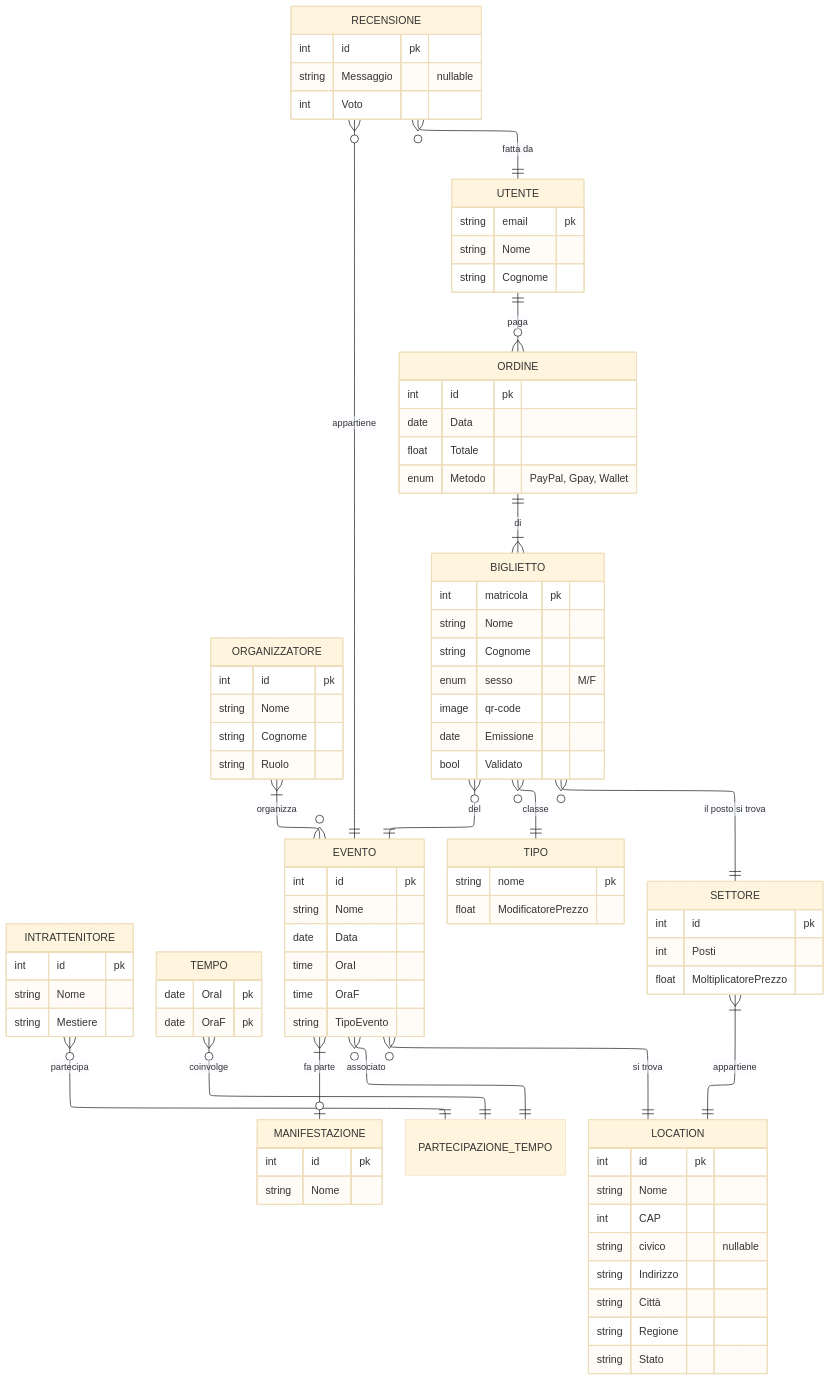
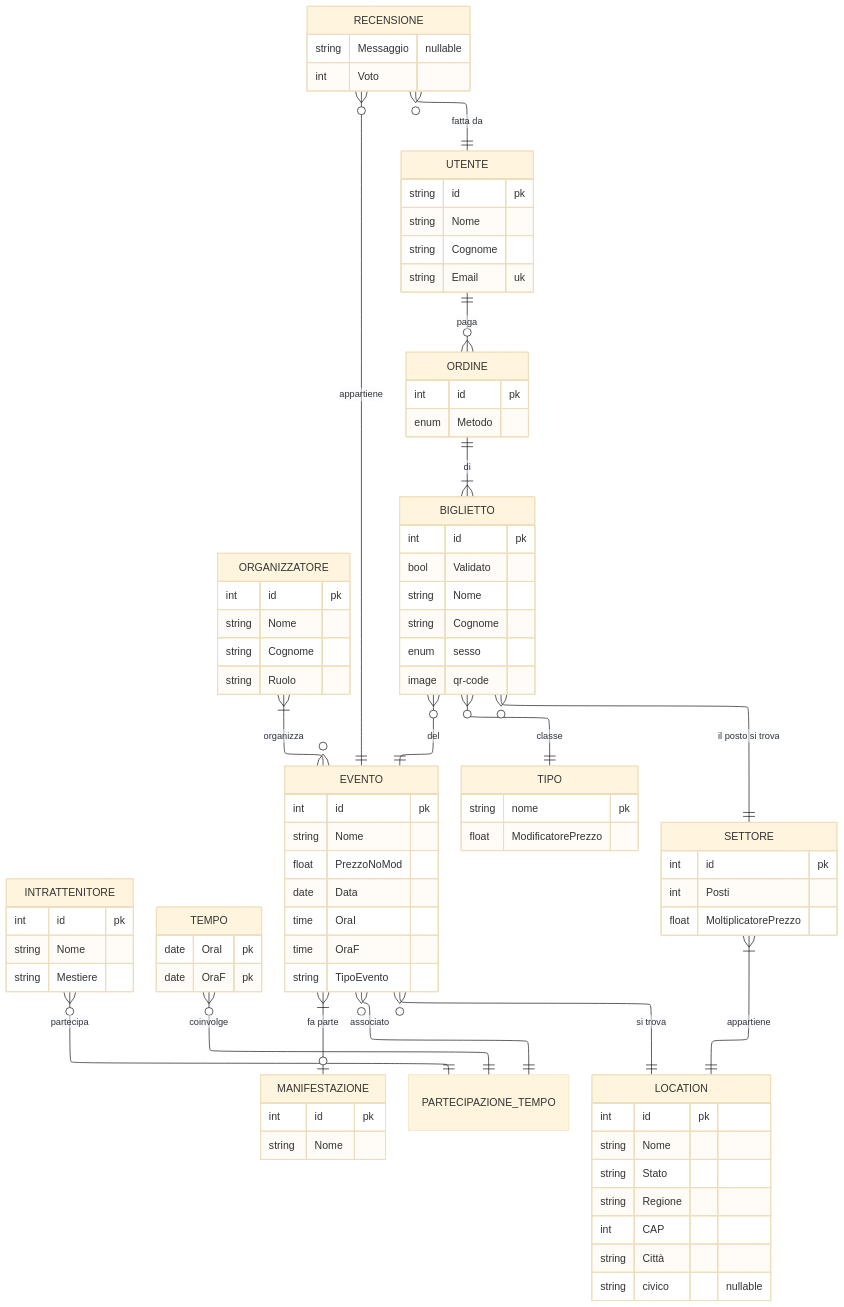
The diagram in RELAZIONE.md (Mattix07/psychic-chainsaw), drawn with Mermaid (base theme) before and after one commit. The commit also changed other lines of this file, not shown here.

```diff
--- a/RELAZIONE.md
+++ b/RELAZIONE.md
@@ -46,7 +50,6 @@
     }
 
     RECENSIONE {
-        int id pk
         string Messaggio "nullable"
         int Voto
     }
@@ -56,11 +59,13 @@
         date OraF pk
     }
 
+    %% L'entità che segue è solo a scopo grafico/funzionale
     PARTECIPAZIONE_TEMPO {}
 
     EVENTO {
         int id pk
         string Nome
+        float PrezzoNoMod
         date Data
         time OraI
         time OraF
@@ -77,22 +82,22 @@
     LOCATION {
         int id pk
         string Nome
+        %% Indirizzo (
+        string Stato
+        string Regione
         int CAP
+        string Città
         string civico "nullable"
-        string Indirizzo
-        string Città
-        string Regione
-        string Stato
+        %% )
     }
 
     BIGLIETTO {
-        int matricola pk
+        int id pk
+        bool Validato
         string Nome
         string Cognome
-        enum sesso "M/F"
+        enum sesso
         image qr-code
-        date Emissione
-        bool Validato
     }
 
     TIPO {
@@ -109,15 +114,14 @@
 
     ORDINE {
         int id pk
-        date Data
-        float Totale
-        enum Metodo "PayPal, Gpay, Wallet"
+        enum Metodo
     }
 
     UTENTE {
-        string email pk
+        string id pk
         string Nome
         string Cognome
+        string Email uk
     }
 
     %%  Da e verso EVENTO[
```
